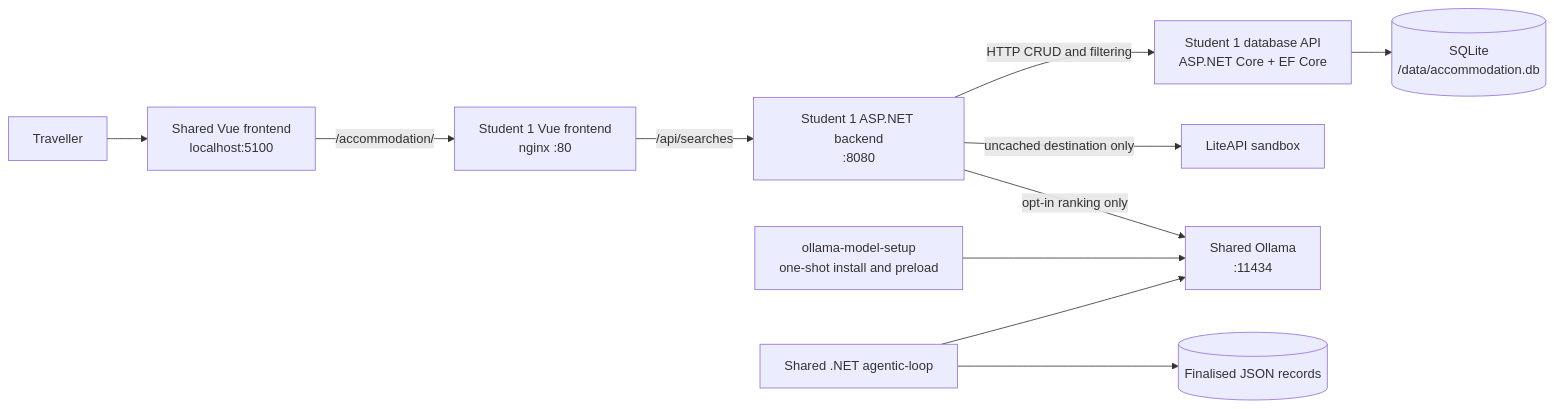
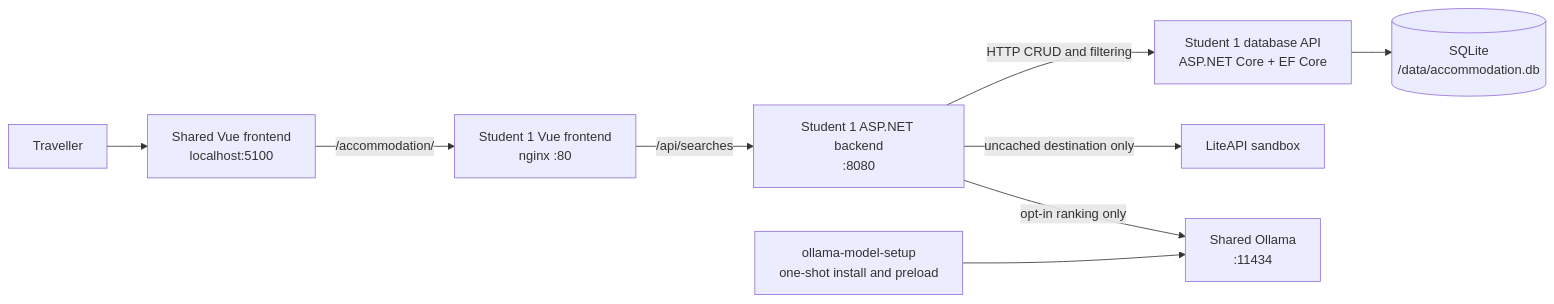
Before and after one commit to LucLeMoenic/Advanced-Software-Development-Project: the first of 4 diagrams in student-1/docs/architecture.md, drawn with Mermaid. The commit also changed other lines of this file and 11 other files, not shown here.

````diff
--- a/student-1/docs/architecture.md
+++ b/student-1/docs/architecture.md
@@ -27,13 +12,11 @@
 ```mermaid
 flowchart LR
     U[Traveller] --> SF[Shared Vue frontend<br/>localhost:5100]
     SF -->|/accommodation/| F[Student 1 Vue frontend<br/>nginx :80]
     F -->|/api/searches| B[Student 1 ASP.NET backend<br/>:8080]
     B -->|HTTP CRUD and filtering| D[Student 1 database API<br/>ASP.NET Core + EF Core]
     D --> S[(SQLite<br/>/data/accommodation.db)]
     B -->|uncached destination only| L[LiteAPI sandbox]
     B -->|opt-in ranking only| O[Shared Ollama<br/>:11434]
     MS[ollama-model-setup<br/>one-shot install and preload] --> O
-    AL[Shared .NET agentic-loop] --> O
-    AL --> R[(Finalised JSON records)]
 ```
````
